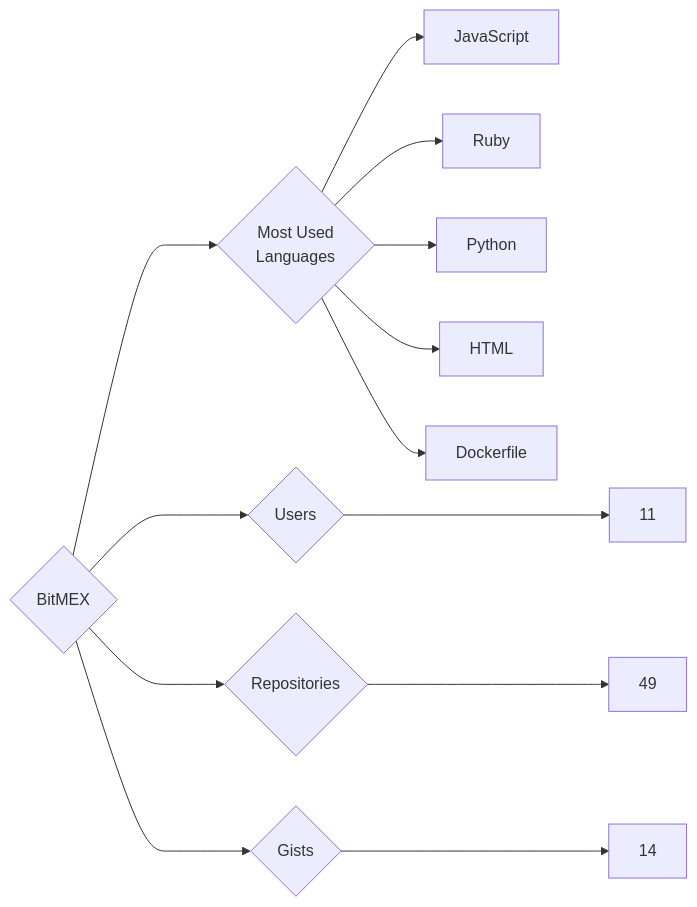
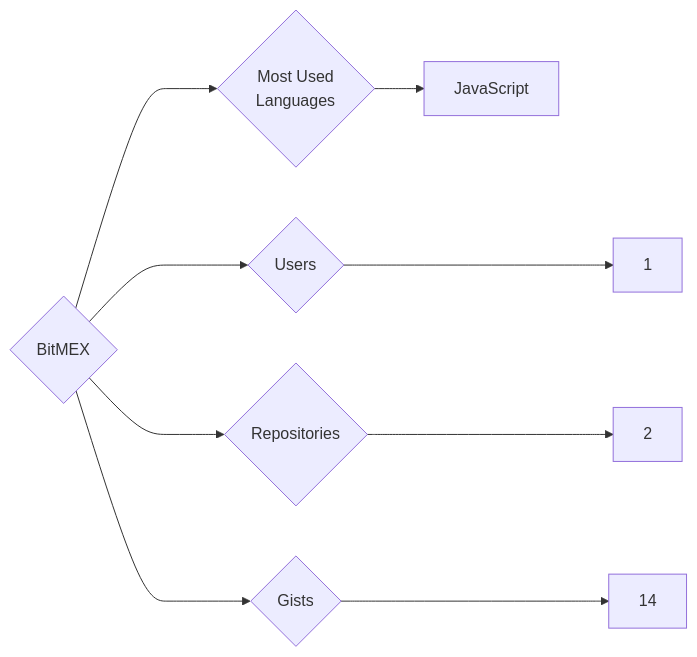
Before and after one commit to trickest/insiders: the diagram in targets/BitMEX/README.md, drawn with Mermaid. The commit also changed 614 other files, not shown here.

````diff
--- a/targets/BitMEX/README.md
+++ b/targets/BitMEX/README.md
@@ -3,13 +3,9 @@
 ```mermaid
 graph LR
 COMPANY_NAME{BitMEX}
-COMPANY_NAME ---> U{Users} ---> UN[11]
-COMPANY_NAME ---> R{Repositories} ---> RN[49]
+COMPANY_NAME ---> U{Users} ---> UN[1]
+COMPANY_NAME ---> R{Repositories} ---> RN[2]
 COMPANY_NAME ---> G{Gists} ---> GN[14]
 COMPANY_NAME ---> ML{Most Used<br>Languages}
 ML --> JavaScript[JavaScript]
-ML --> Ruby[Ruby]
-ML --> Python[Python]
-ML --> HTML[HTML]
-ML --> Dockerfile[Dockerfile]
 ```
````
